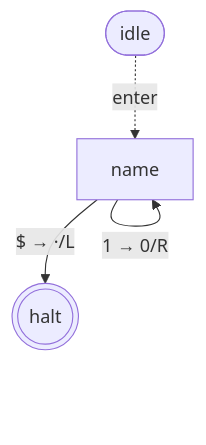
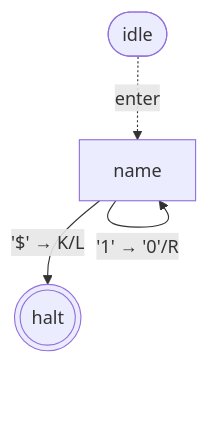
One commit to mellonis/turing-machine-js changed the third of 8 diagrams in packages/machine/README.md. Above: the diagram before and after it, drawn with Mermaid. The commit also changed other lines of this file and 7 other files, not shown here.

````diff
--- a/packages/machine/README.md
+++ b/packages/machine/README.md
@@ -271,10 +271,10 @@
 ```mermaid
 flowchart TD
 %% alphabets: [[" ","0","1","$"]]
   s0(((halt)))
   s1["name"]
   idle([idle])
   idle -. enter .-> s1
-  s1 -- "1 → 0/R" --> s1
-  s1 -- "$ → ·/L" --> s0
+  s1 -- "'1' → '0'/R" --> s1
+  s1 -- "'$' → K/L" --> s0
 ```
````
